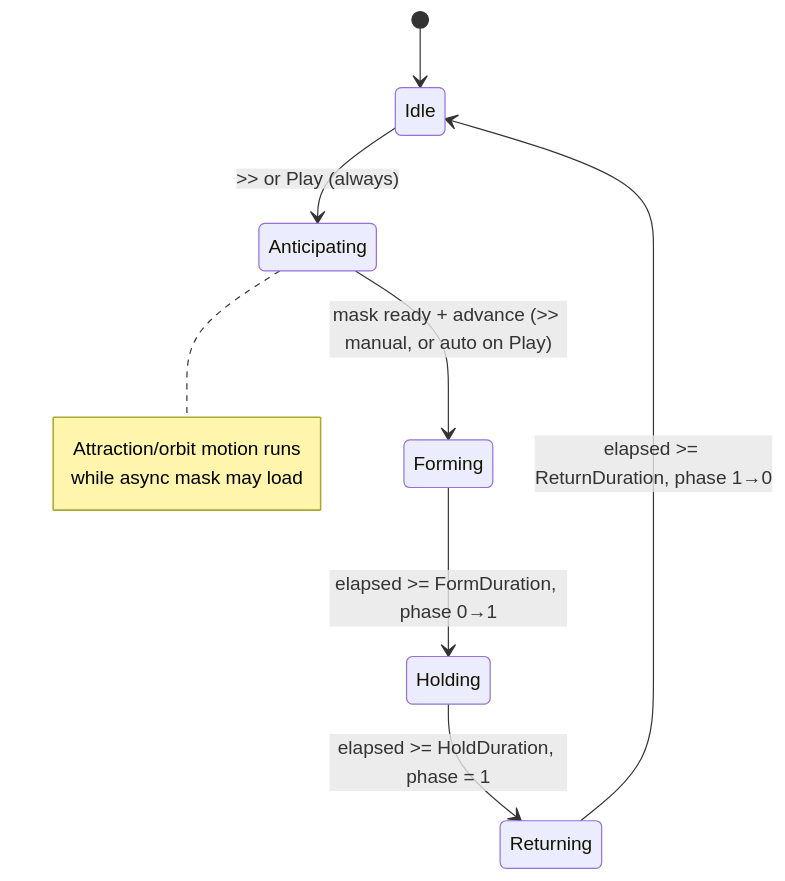
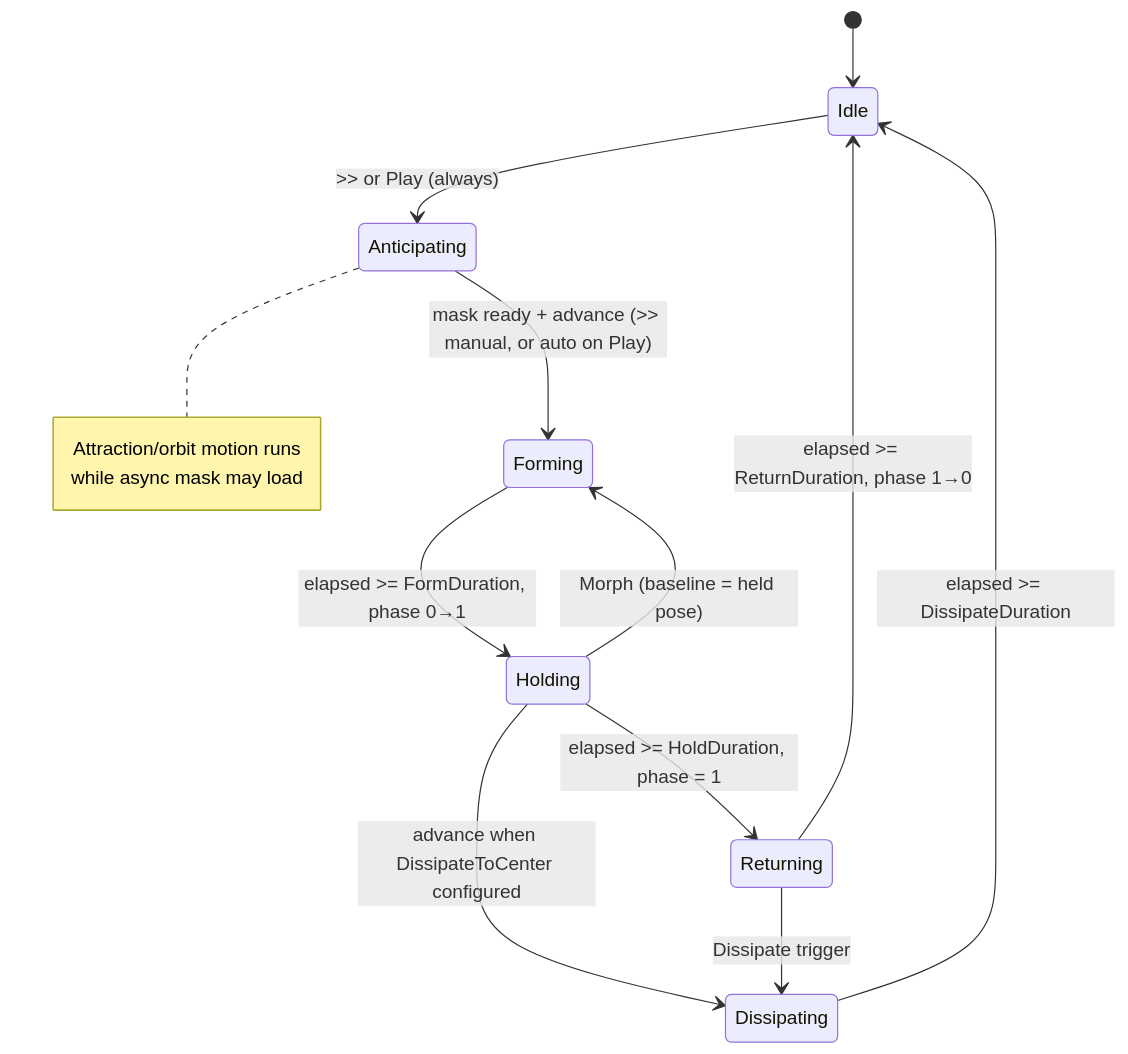
Before and after one commit to vecnode/metaagent-ue5-plugin: the tenth of 14 diagrams in README.md, drawn with Mermaid. The commit also changed other lines of this file and 20 other files, not shown here.

````diff
--- a/README.md
+++ b/README.md
@@ -775,14 +791,18 @@
 ```mermaid
 stateDiagram-v2
     [*] --> Idle
     Idle --> Anticipating: >> or Play (always)
     Anticipating --> Forming: mask ready + advance (>> manual, or auto on Play)
     Forming --> Holding: elapsed >= FormDuration, phase 0→1
     Holding --> Returning: elapsed >= HoldDuration, phase = 1
+    Holding --> Forming: Morph (baseline = held pose)
+    Holding --> Dissipating: advance when DissipateToCenter configured
     Returning --> Idle: elapsed >= ReturnDuration, phase 1→0
+    Returning --> Dissipating: Dissipate trigger
+    Dissipating --> Idle: elapsed >= DissipateDuration
     note right of Anticipating
         Attraction/orbit motion runs
         while async mask may load
     end note
 
 ```
````
